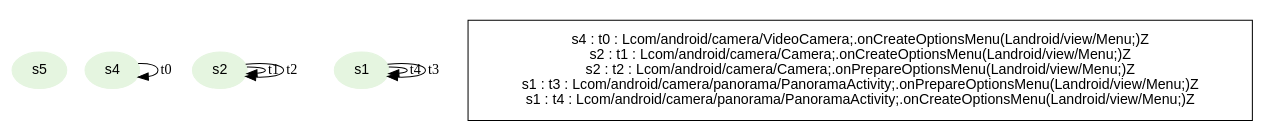
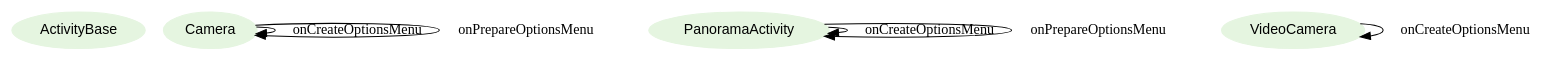
Before and after one commit to hans89/astparser: the diagram in graphviz/LegacyCamera.gv, drawn with Graphviz. The commit also changed 35 other files, not shown here.

Commit message:
Working on binding events. Added current parse result of LTS in form of graphviz

```diff
--- a/graphviz/LegacyCamera.gv
+++ b/graphviz/LegacyCamera.gv
@@ -1,15 +1,13 @@
 digraph {
 fontname="Helvetica";
 node[style=filled, fontname="Helvetica", colorscheme=greens3, color=1];
-s5;
-s4;
-s2;
-s1;
-s1 -> s1[label="t4"];
-s4 -> s4[label="t0"];
-s2 -> s2[label="t1"];
-s1 -> s1[label="t3"];
-s2 -> s2[label="t2"];
-subgraph cluster_key {
-ds[shape=plaintext, style=solid,label="s4 : t0 : Lcom/android/camera/VideoCamera;.onCreateOptionsMenu(Landroid/view/Menu;)Z\ns2 : t1 : Lcom/android/camera/Camera;.onCreateOptionsMenu(Landroid/view/Menu;)Z\ns2 : t2 : Lcom/android/camera/Camera;.onPrepareOptionsMenu(Landroid/view/Menu;)Z\ns1 : t3 : Lcom/android/camera/panorama/PanoramaActivity;.onPrepareOptionsMenu(Landroid/view/Menu;)Z\ns1 : t4 : Lcom/android/camera/panorama/PanoramaActivity;.onCreateOptionsMenu(Landroid/view/Menu;)Z\n"];}
+ActivityBase;
+Camera;
+PanoramaActivity;
+VideoCamera;
+PanoramaActivity -> PanoramaActivity[label="onCreateOptionsMenu"];
+Camera -> Camera[label="onCreateOptionsMenu"];
+PanoramaActivity -> PanoramaActivity[label="onPrepareOptionsMenu"];
+VideoCamera -> VideoCamera[label="onCreateOptionsMenu"];
+Camera -> Camera[label="onPrepareOptionsMenu"];
 }
```
